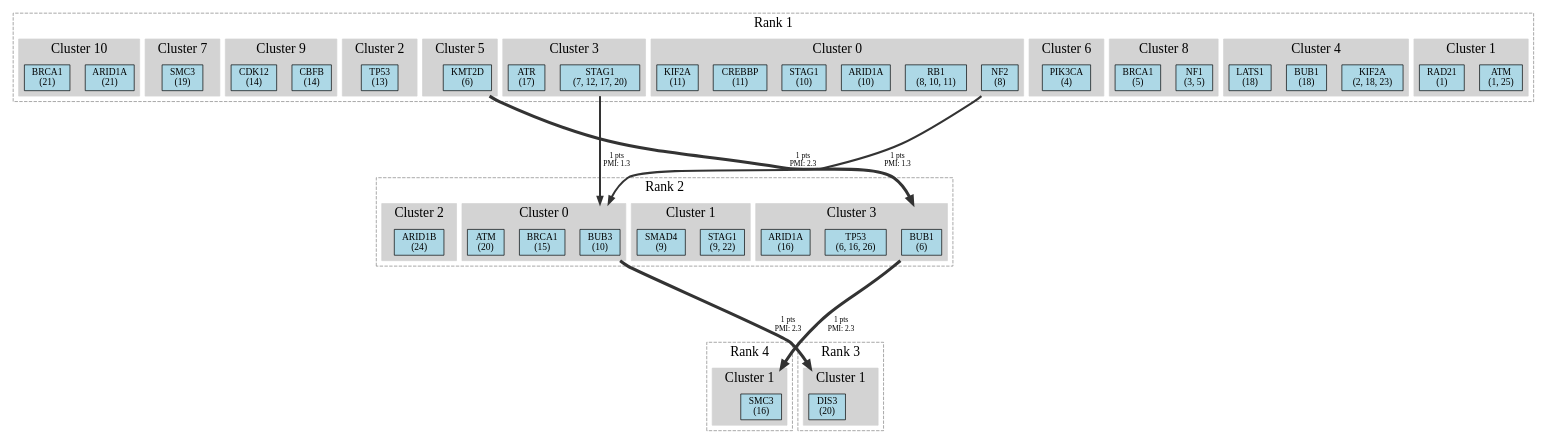
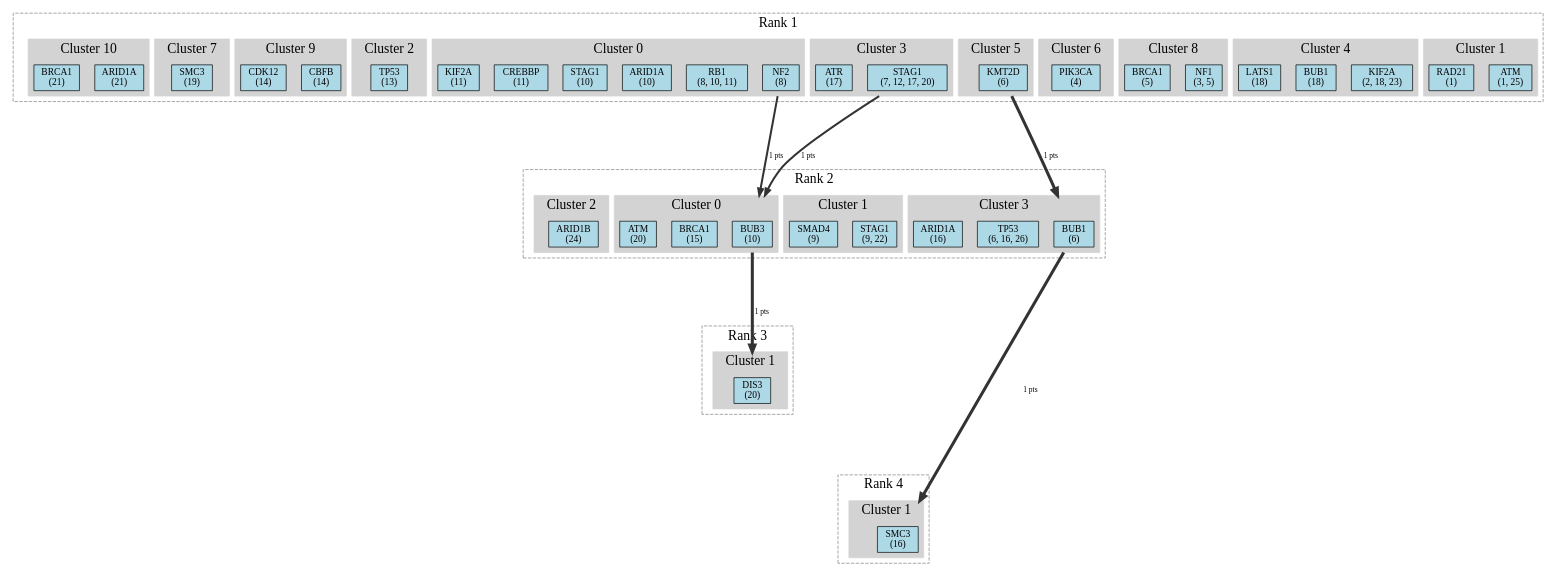
The diagram in produced_all_process/tree_genes_PMI_OV.gv (hifodbs/TikTakTuk), drawn with Graphviz before and after one commit. The commit also changed 4 other files, not shown here.

```diff
--- a/produced_all_process/tree_genes_PMI_OV.gv
+++ b/produced_all_process/tree_genes_PMI_OV.gv
@@ -1,150 +1,152 @@
 digraph {
 	compound=true
 	nodesep=0.3 rankdir=TB ranksep=2.5
 	node [fillcolor=lightblue fontsize=14 shape=box style=filled]
 	subgraph cluster_rank_1 {
 		rank=same
 		color=grey fontsize=20 label="Rank 1" labeljust=c style=dashed
+		anchor_R1 [height=0 shape=point style=invis width=0]
 		subgraph cluster_R1_C1 {
 			color=lightgrey label="Cluster 1" style=filled
 			ATM_R1_C1 [label="ATM
 (1, 25)"]
 			RAD21_R1_C1 [label="RAD21
 (1)"]
 		}
 		subgraph cluster_R1_C4 {
 			color=lightgrey label="Cluster 4" style=filled
 			KIF2A_R1_C4 [label="KIF2A
 (2, 18, 23)"]
 			BUB1_R1_C4 [label="BUB1
 (18)"]
 			LATS1_R1_C4 [label="LATS1
 (18)"]
 		}
 		subgraph cluster_R1_C8 {
 			color=lightgrey label="Cluster 8" style=filled
 			NF1_R1_C8 [label="NF1
 (3, 5)"]
 			BRCA1_R1_C8 [label="BRCA1
 (5)"]
 		}
 		subgraph cluster_R1_C6 {
 			color=lightgrey label="Cluster 6" style=filled
 			PIK3CA_R1_C6 [label="PIK3CA
 (4)"]
 		}
 		subgraph cluster_R1_C5 {
 			color=lightgrey label="Cluster 5" style=filled
 			KMT2D_R1_C5 [label="KMT2D
 (6)"]
 		}
 		subgraph cluster_R1_C3 {
 			color=lightgrey label="Cluster 3" style=filled
 			STAG1_R1_C3 [label="STAG1
 (7, 12, 17, 20)"]
 			ATR_R1_C3 [label="ATR
 (17)"]
 		}
 		subgraph cluster_R1_C0 {
 			color=lightgrey label="Cluster 0" style=filled
 			NF2_R1_C0 [label="NF2
 (8)"]
 			RB1_R1_C0 [label="RB1
 (8, 10, 11)"]
 			ARID1A_R1_C0 [label="ARID1A
 (10)"]
 			STAG1_R1_C0 [label="STAG1
 (10)"]
 			CREBBP_R1_C0 [label="CREBBP
 (11)"]
 			KIF2A_R1_C0 [label="KIF2A
 (11)"]
 		}
 		subgraph cluster_R1_C2 {
 			color=lightgrey label="Cluster 2" style=filled
 			TP53_R1_C2 [label="TP53
 (13)"]
 		}
 		subgraph cluster_R1_C9 {
 			color=lightgrey label="Cluster 9" style=filled
 			CBFB_R1_C9 [label="CBFB
 (14)"]
 			CDK12_R1_C9 [label="CDK12
 (14)"]
 		}
 		subgraph cluster_R1_C7 {
 			color=lightgrey label="Cluster 7" style=filled
 			SMC3_R1_C7 [label="SMC3
 (19)"]
 		}
 		subgraph cluster_R1_C10 {
 			color=lightgrey label="Cluster 10" style=filled
 			ARID1A_R1_C10 [label="ARID1A
 (21)"]
 			BRCA1_R1_C10 [label="BRCA1
 (21)"]
 		}
 	}
 	subgraph cluster_rank_2 {
 		rank=same
 		color=grey fontsize=20 label="Rank 2" labeljust=c style=dashed
+		anchor_R2 [height=0 shape=point style=invis width=0]
 		subgraph cluster_R2_C3 {
 			color=lightgrey label="Cluster 3" style=filled
 			BUB1_R2_C3 [label="BUB1
 (6)"]
 			TP53_R2_C3 [label="TP53
 (6, 16, 26)"]
 			ARID1A_R2_C3 [label="ARID1A
 (16)"]
 		}
 		subgraph cluster_R2_C1 {
 			color=lightgrey label="Cluster 1" style=filled
 			STAG1_R2_C1 [label="STAG1
 (9, 22)"]
 			SMAD4_R2_C1 [label="SMAD4
 (9)"]
 		}
 		subgraph cluster_R2_C0 {
 			color=lightgrey label="Cluster 0" style=filled
 			BUB3_R2_C0 [label="BUB3
 (10)"]
 			BRCA1_R2_C0 [label="BRCA1
 (15)"]
 			ATM_R2_C0 [label="ATM
 (20)"]
 		}
 		subgraph cluster_R2_C2 {
 			color=lightgrey label="Cluster 2" style=filled
 			ARID1B_R2_C2 [label="ARID1B
 (24)"]
 		}
 	}
 	subgraph cluster_rank_4 {
 		rank=same
 		color=grey fontsize=20 label="Rank 4" labeljust=c style=dashed
+		anchor_R4 [height=0 shape=point style=invis width=0]
 		subgraph cluster_R4_C1 {
 			color=lightgrey label="Cluster 1" style=filled
 			SMC3_R4_C1 [label="SMC3
 (16)"]
 		}
 	}
 	subgraph cluster_rank_3 {
 		rank=same
 		color=grey fontsize=20 label="Rank 3" labeljust=c style=dashed
+		anchor_R3 [height=0 shape=point style=invis width=0]
 		subgraph cluster_R3_C1 {
 			color=lightgrey label="Cluster 1" style=filled
 			DIS3_R3_C1 [label="DIS3
 (20)"]
 		}
 	}
-	KMT2D_R1_C5 -> BUB1_R2_C3 [label="1 pts
-PMI: 2.3" color="#333333" fontsize=11 lhead=cluster_R2_C3 ltail=cluster_R1_C5 penwidth=4.4828921423310435]
-	NF2_R1_C0 -> BUB3_R2_C0 [label="1 pts
-PMI: 1.3" color="#333333" fontsize=11 lhead=cluster_R2_C0 ltail=cluster_R1_C0 penwidth=2.9828921423310435]
-	STAG1_R1_C3 -> BUB3_R2_C0 [label="1 pts
-PMI: 1.3" color="#333333" fontsize=11 lhead=cluster_R2_C0 ltail=cluster_R1_C3 penwidth=2.9828921423310435]
-	BUB3_R2_C0 -> DIS3_R3_C1 [label="1 pts
-PMI: 2.3" color="#333333" fontsize=11 lhead=cluster_R3_C1 ltail=cluster_R2_C0 penwidth=4.4828921423310435]
-	BUB1_R2_C3 -> SMC3_R4_C1 [label="1 pts
-PMI: 2.3" color="#333333" fontsize=11 lhead=cluster_R4_C1 ltail=cluster_R2_C3 penwidth=4.4828921423310435]
+	anchor_R1 -> anchor_R2 [style=invis]
+	anchor_R2 -> anchor_R3 [style=invis]
+	anchor_R3 -> anchor_R4 [style=invis]
+	KMT2D_R1_C5 -> BUB1_R2_C3 [label="1 pts" color="#333333" fontsize=11 lhead=cluster_R2_C3 ltail=cluster_R1_C5 penwidth=4.4828921423310435]
+	NF2_R1_C0 -> BUB3_R2_C0 [label="1 pts" color="#333333" fontsize=11 lhead=cluster_R2_C0 ltail=cluster_R1_C0 penwidth=2.9828921423310435]
+	STAG1_R1_C3 -> BUB3_R2_C0 [label="1 pts" color="#333333" fontsize=11 lhead=cluster_R2_C0 ltail=cluster_R1_C3 penwidth=2.9828921423310435]
+	BUB3_R2_C0 -> DIS3_R3_C1 [label="1 pts" color="#333333" fontsize=11 lhead=cluster_R3_C1 ltail=cluster_R2_C0 penwidth=4.4828921423310435]
+	BUB1_R2_C3 -> SMC3_R4_C1 [label="1 pts" color="#333333" fontsize=11 lhead=cluster_R4_C1 ltail=cluster_R2_C3 penwidth=4.4828921423310435]
 }
```
